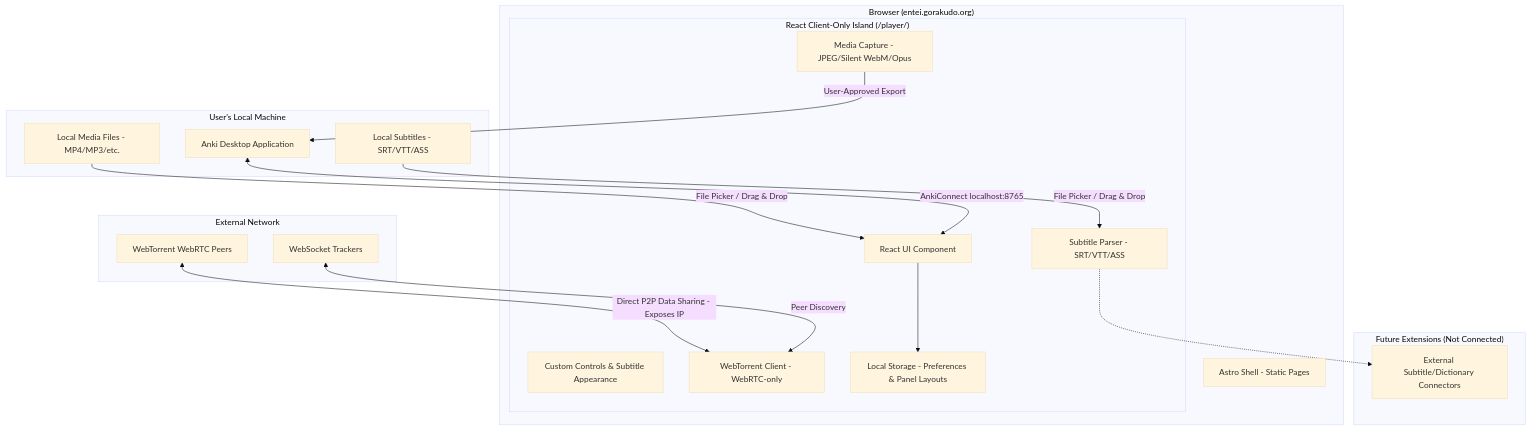
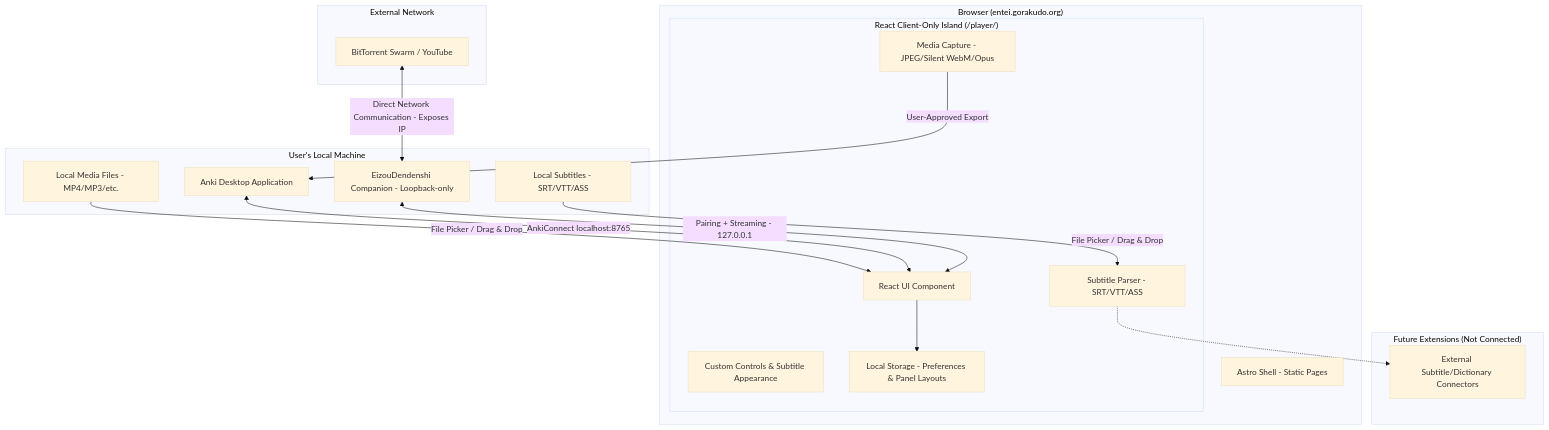
Before and after one commit to GoRakuDo/entei: the diagram in README.md, drawn with Mermaid (base theme). The commit also changed other lines of this file and 8 other files, not shown here.

````diff
--- a/README.md
+++ b/README.md
@@ -88,33 +89,32 @@
 ```mermaid
 graph TD
     subgraph Browser ["Browser (entei.gorakudo.org)"]
         Astro[Astro Shell - Static Pages]
         subgraph PlayerApp ["React Client-Only Island (/player/)"]
             UI[React UI Component]
             Controls[Custom Controls & Subtitle Appearance]
             Parser[Subtitle Parser - SRT/VTT/ASS]
             Capture[Media Capture - JPEG/Silent WebM/Opus]
-            WT[WebTorrent Client - WebRTC-only]
             Prefs[Local Storage - Preferences & Panel Layouts]
         end
     end
 
     subgraph LocalSystem ["User's Local Machine"]
         LocalMedia[Local Media Files - MP4/MP3/etc.] -->|File Picker / Drag & Drop| UI
         LocalSubs[Local Subtitles - SRT/VTT/ASS] -->|File Picker / Drag & Drop| Parser
         Anki[Anki Desktop Application] <-->|AnkiConnect localhost:8765| UI
+        ED[EizouDendenshi Companion - Loopback-only] <-->|Pairing + Streaming - 127.0.0.1| UI
     end
 
     subgraph ExternalNetwork ["External Network"]
-         WebRTCPeers[WebTorrent WebRTC Peers] <-->|Direct P2P Data Sharing - Exposes IP| WT
-         Trackers[WebSocket Trackers] <-->|Peer Discovery| WT
+         Swarm[BitTorrent Swarm / YouTube] <-->|Direct Network Communication - Exposes IP| ED
     end
 
     subgraph FutureConnections ["Future Extensions (Not Connected)"]
         FC[External Subtitle/Dictionary Connectors]
     end
 
     UI --> Prefs
     Capture -->|User-Approved Export| Anki
     Parser -.-> FC
 ```
````
